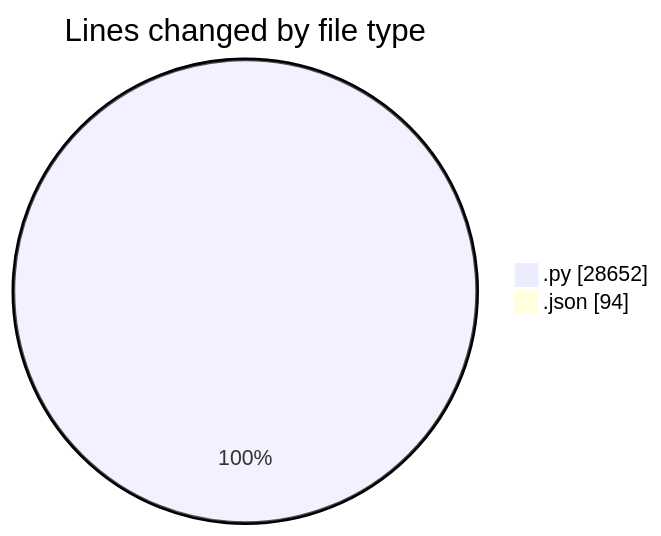
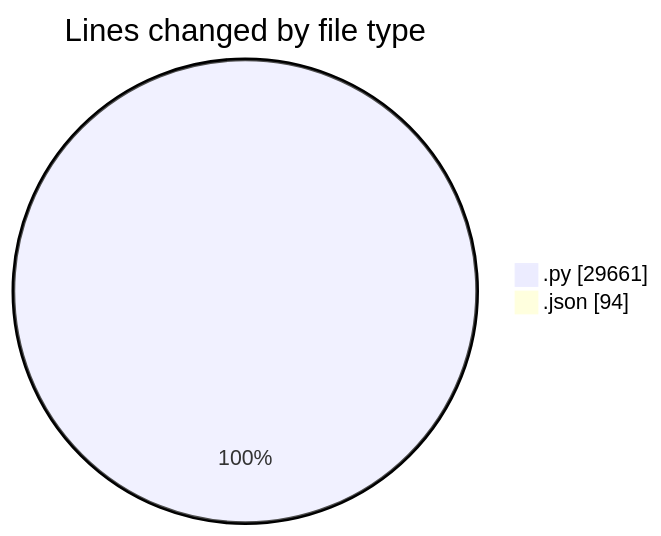
One commit to jrari/code-tracking changed the first of 2 diagrams in 2025-07-14/telebot/README.md. Above: the diagram before and after it, drawn with Mermaid. The commit also changed other lines of this file and 1 other file, not shown here.

````diff
--- a/2025-07-14/telebot/README.md
+++ b/2025-07-14/telebot/README.md
@@ -52,6 +53,6 @@
 ```mermaid
 pie showData
 title Lines changed by file type
-".py" : 28652
+".py" : 29661
 ".json" : 94
 ```
````
